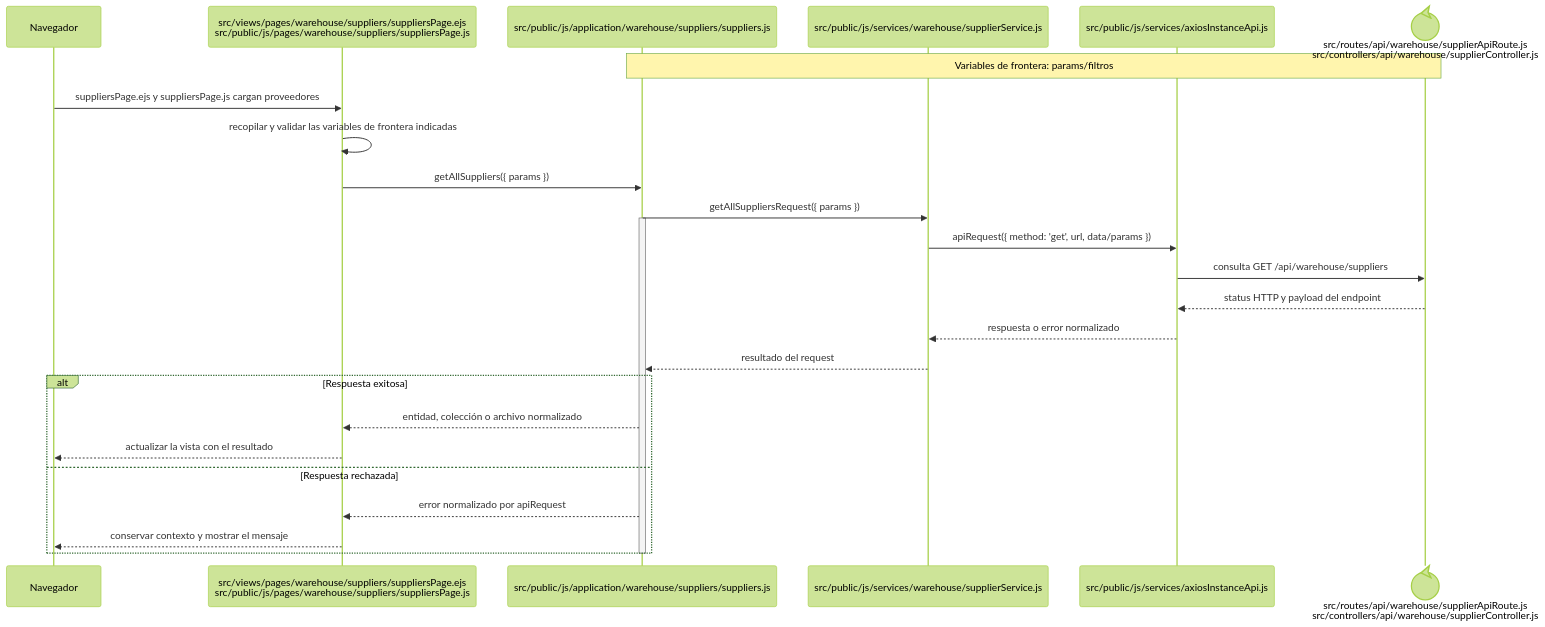
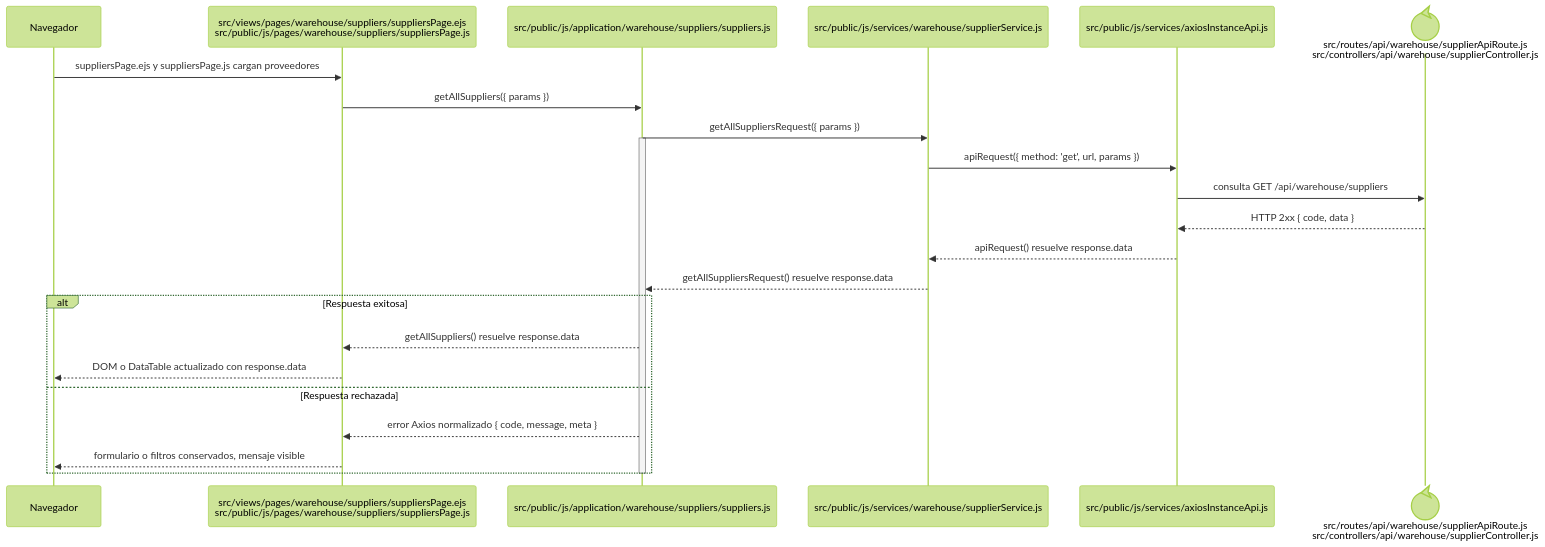
One commit to gpgsistemas01/nexus changed the diagram in docs/architecture/frontend-code-sequences/catalogs/cu-cat-01.md. Above: the diagram before and after it, drawn with Mermaid (forest theme). The commit also changed 148 other files, not shown here.

````diff
--- a/docs/architecture/frontend-code-sequences/catalogs/cu-cat-01.md
+++ b/docs/architecture/frontend-code-sequences/catalogs/cu-cat-01.md
@@ -6,29 +6,27 @@
 ```mermaid
 sequenceDiagram
     participant Browser as Navegador
     participant View as src/views/pages/warehouse/suppliers/suppliersPage.ejs<br/>src/public/js/pages/warehouse/suppliers/suppliersPage.js
     participant Application as src/public/js/application/warehouse/suppliers/suppliers.js
     participant Request as src/public/js/services/warehouse/supplierService.js
     participant HTTP as src/public/js/services/axiosInstanceApi.js
     participant Transport@{ "type": "control" } as src/routes/api/warehouse/supplierApiRoute.js<br/>src/controllers/api/warehouse/supplierController.js
-    Note over Application,Transport: Variables de frontera: params/filtros
 
     Browser->>View: suppliersPage.ejs y suppliersPage.js cargan proveedores
-    View->>View: recopilar y validar las variables de frontera indicadas
     View->>Application: getAllSuppliers({ params })
     Application->>Request: getAllSuppliersRequest({ params })
     activate Application
-    Request->>HTTP: apiRequest({ method: 'get', url, data/params })
+    Request->>HTTP: apiRequest({ method: 'get', url, params })
     HTTP->>Transport: consulta GET /api/warehouse/suppliers
-    Transport-->>HTTP: status HTTP y payload del endpoint
-    HTTP-->>Request: respuesta o error normalizado
-    Request-->>Application: resultado del request
+    Transport-->>HTTP: HTTP 2xx { code, data }
+    HTTP-->>Request: apiRequest() resuelve response.data
+    Request-->>Application: getAllSuppliersRequest() resuelve response.data
     alt Respuesta exitosa
-        Application-->>View: entidad, colección o archivo normalizado
-        View-->>Browser: actualizar la vista con el resultado
+        Application-->>View: getAllSuppliers() resuelve response.data
+        View-->>Browser: DOM o DataTable actualizado con response.data
     else Respuesta rechazada
-        Application-->>View: error normalizado por apiRequest
-        View-->>Browser: conservar contexto y mostrar el mensaje
+        Application-->>View: error Axios normalizado { code, message, meta }
+        View-->>Browser: formulario o filtros conservados, mensaje visible
     end
     deactivate Application
 ```
````
